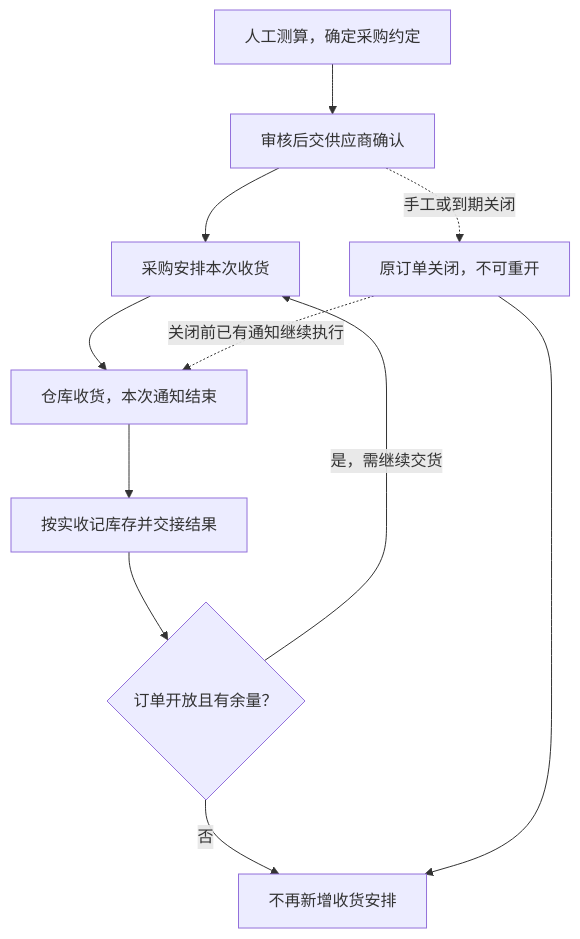
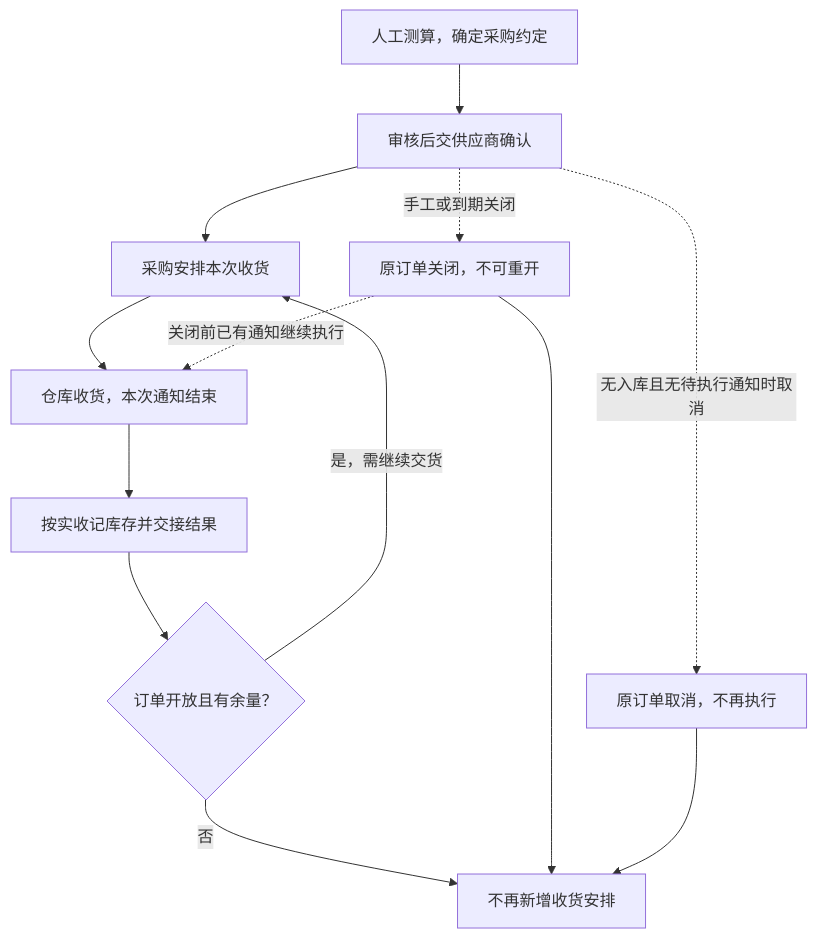
The diagram in 03-业务分析和设计/01-采购业务设计.md (TopVitamin/QS-ERP-Project), drawn with Mermaid before and after one commit. The commit also changed other lines of this file and 1 other file, not shown here.

````diff
--- a/03-业务分析和设计/01-采购业务设计.md
+++ b/03-业务分析和设计/01-采购业务设计.md
@@ -43,13 +43,15 @@
 ```mermaid
 flowchart TB
     A[人工测算，确定采购约定] --> B[审核后交供应商确认]
     B --> C[采购安排本次收货]
     C --> D[仓库收货，本次通知结束]
     D --> E[按实收记库存并交接结果]
     E --> F{订单开放且有余量？}
     F -->|是，需继续交货| C
     F -->|否| G[不再新增收货安排]
     B -.手工或到期关闭.-> H[原订单关闭，不可重开]
+    B -.无入库且无待执行通知时取消.-> I[原订单取消，不再执行]
     H --> G
     H -.关闭前已有通知继续执行.-> D
+    I --> G
 ```
````
